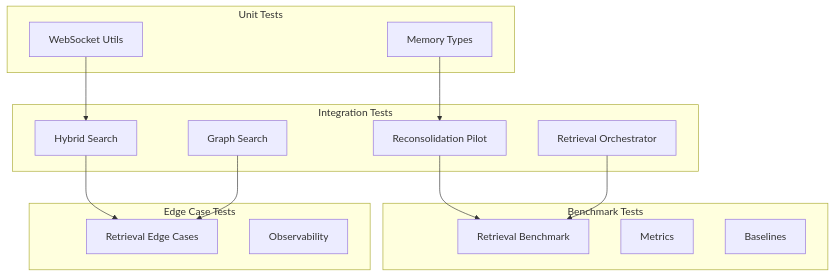
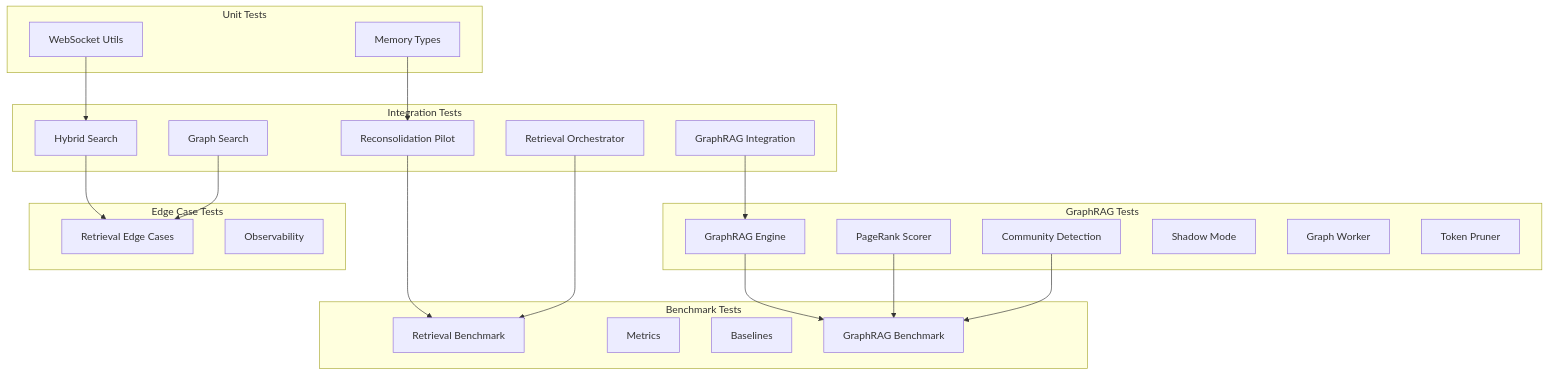
The sixth of 6 diagrams in PROJECT_MAP.md (Winterus20/PenceAI), drawn with Mermaid before and after one commit. The commit also changed other lines of this file and 89 other files, not shown here.

Commit message:
feat: add GraphRAG module, React Query integration, and update docs

````diff
--- a/PROJECT_MAP.md
+++ b/PROJECT_MAP.md
@@ -1153,32 +1301,47 @@
 ```mermaid
 graph TB
     subgraph "Unit Tests"
         UT1[Memory Types]
         UT2[WebSocket Utils]
     end
     
     subgraph "Integration Tests"
         IT1[Reconsolidation Pilot]
         IT2[Retrieval Orchestrator]
         IT3[Hybrid Search]
         IT4[Graph Search]
+        IT5[GraphRAG Integration]
+    end
+    
+    subgraph "GraphRAG Tests"
+        GR1[GraphRAG Engine]
+        GR2[PageRank Scorer]
+        GR3[Community Detection]
+        GR4[Shadow Mode]
+        GR5[Graph Worker]
+        GR6[Token Pruner]
     end
     
     subgraph "Benchmark Tests"
         BM1[Retrieval Benchmark]
         BM2[Metrics]
         BM3[Baselines]
+        BM4[GraphRAG Benchmark]
     end
     
     subgraph "Edge Case Tests"
         EC1[Retrieval Edge Cases]
         EC2[Observability]
     end
     
     UT1 --> IT1
     UT2 --> IT3
     IT1 --> BM1
     IT2 --> BM1
     IT3 --> EC1
     IT4 --> EC1
+    IT5 --> GR1
+    GR1 --> BM4
+    GR2 --> BM4
+    GR3 --> BM4
 ```
````
